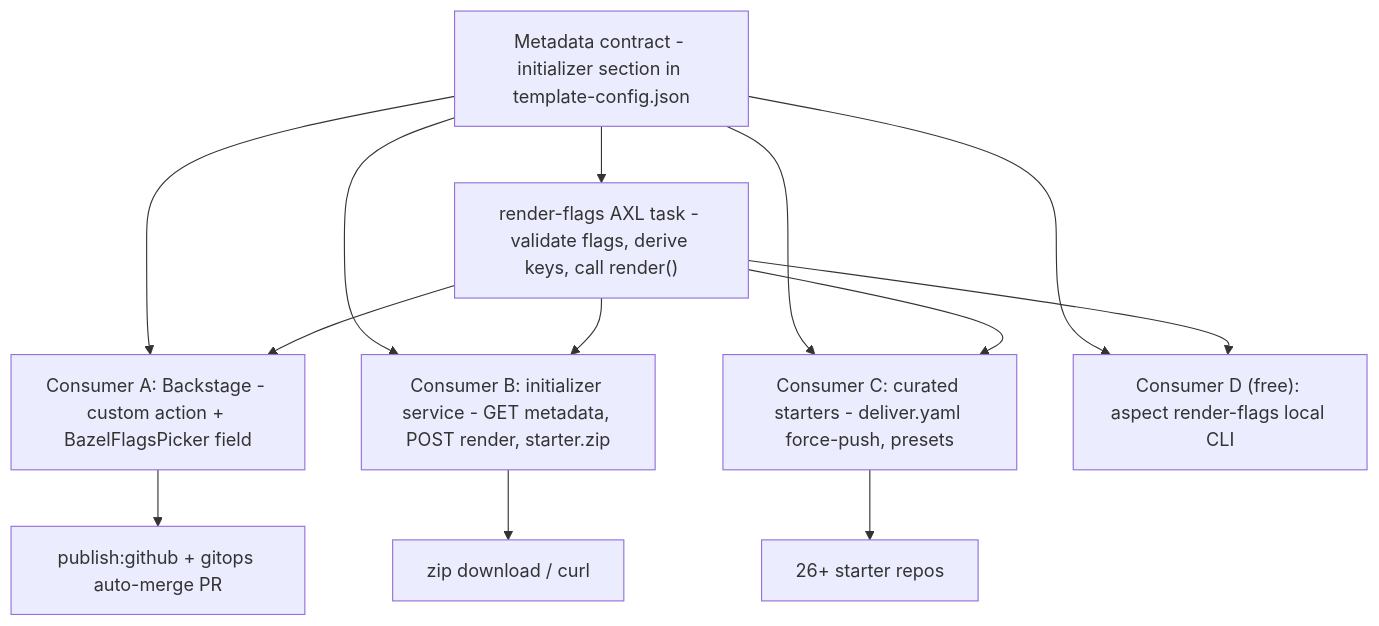
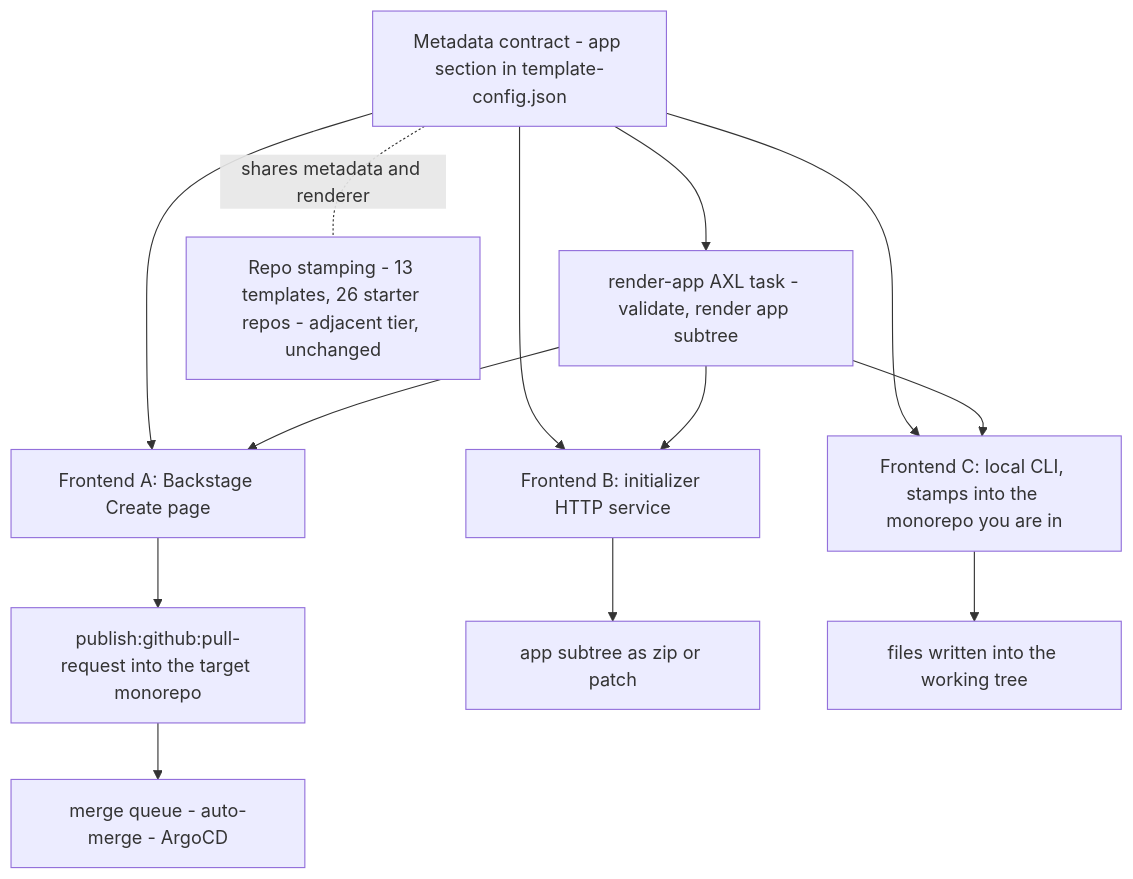
One commit to VitruvianSoftware/vitruvian-core changed the diagram in docs/superpowers/specs/2026-08-18-universal-initializer-design.md. Above: the diagram before and after it, drawn with Mermaid. The commit also changed other lines of this file, not shown here.

````diff
--- a/docs/superpowers/specs/2026-08-18-universal-initializer-design.md
+++ b/docs/superpowers/specs/2026-08-18-universal-initializer-design.md
@@ -82,17 +105,19 @@
 ```mermaid
 flowchart TD
-    MC["Metadata contract - initializer section in template-config.json"]
-    RF["render-flags AXL task - validate flags, derive keys, call render()"]
-    MC --> RF
-    MC --> A["Consumer A: Backstage - custom action + BazelFlagsPicker field"]
-    MC --> B["Consumer B: initializer service - GET metadata, POST render, starter.zip"]
-    MC --> C["Consumer C: curated starters - deliver.yaml force-push, presets"]
-    MC --> CLI["Consumer D (free): aspect render-flags local CLI"]
-    RF --> A
-    RF --> B
-    RF --> C
-    RF --> CLI
-    A --> GH["publish:github + gitops auto-merge PR"]
-    B --> ZIP["zip download / curl"]
-    C --> SR["26+ starter repos"]
+    MC["Metadata contract - app section in template-config.json"]
+    RA["render-app AXL task - validate, render app subtree"]
+    MC --> RA
+    MC --> A["Frontend A: Backstage Create page"]
+    MC --> B["Frontend B: initializer HTTP service"]
+    MC --> C["Frontend C: local CLI, stamps into the monorepo you are in"]
+    RA --> A
+    RA --> B
+    RA --> C
+    A --> PR["publish:github:pull-request into the target monorepo"]
+    B --> ZIP["app subtree as zip or patch"]
+    C --> FS["files written into the working tree"]
+    PR --> MQ["merge queue - auto-merge - ArgoCD"]
+
+    RS["Repo stamping - 13 templates, 26 starter repos - adjacent tier, unchanged"]
+    MC -.shares metadata and renderer.- RS
 ```
````
